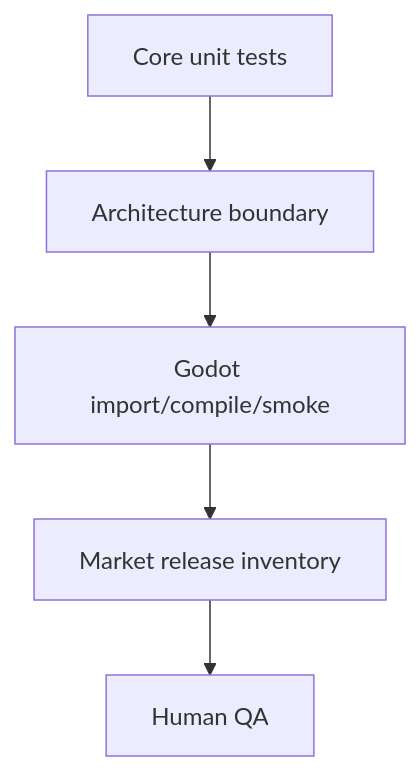
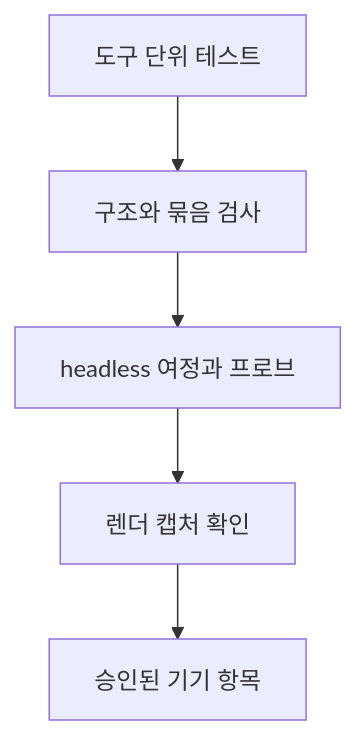
One commit to seoleeapps/cluster-solitaire changed the diagram in docs/07-qa/README.md. Above: the diagram before and after it, drawn with Mermaid. The commit also changed other lines of this file and 161 other files, not shown here.

````diff
--- a/docs/07-qa/README.md
+++ b/docs/07-qa/README.md
@@ -7,7 +5,7 @@
 ```mermaid
 flowchart TB
-  Core["Core unit tests"] --> Arch["Architecture boundary"]
-  Arch --> Godot["Godot import/compile/smoke"]
-  Godot --> Market["Market release inventory"]
-  Market --> Human["Human QA"]
+  Unit["도구 단위 테스트"] --> Arch["구조와 묶음 검사"]
+  Arch --> Journey["headless 여정과 프로브"]
+  Journey --> Render["렌더 캡처 확인"]
+  Render --> Device["승인된 기기 항목"]
 ```
````
